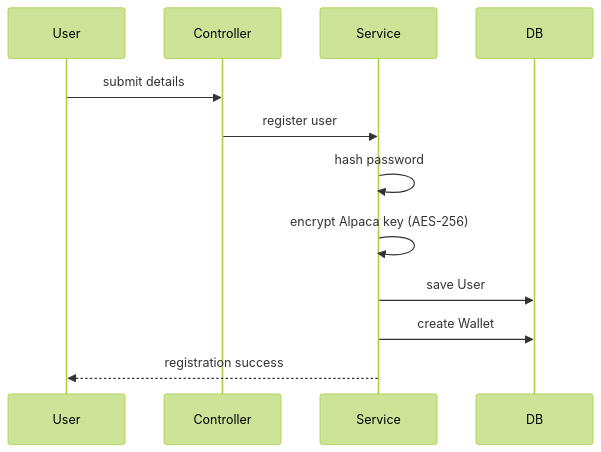
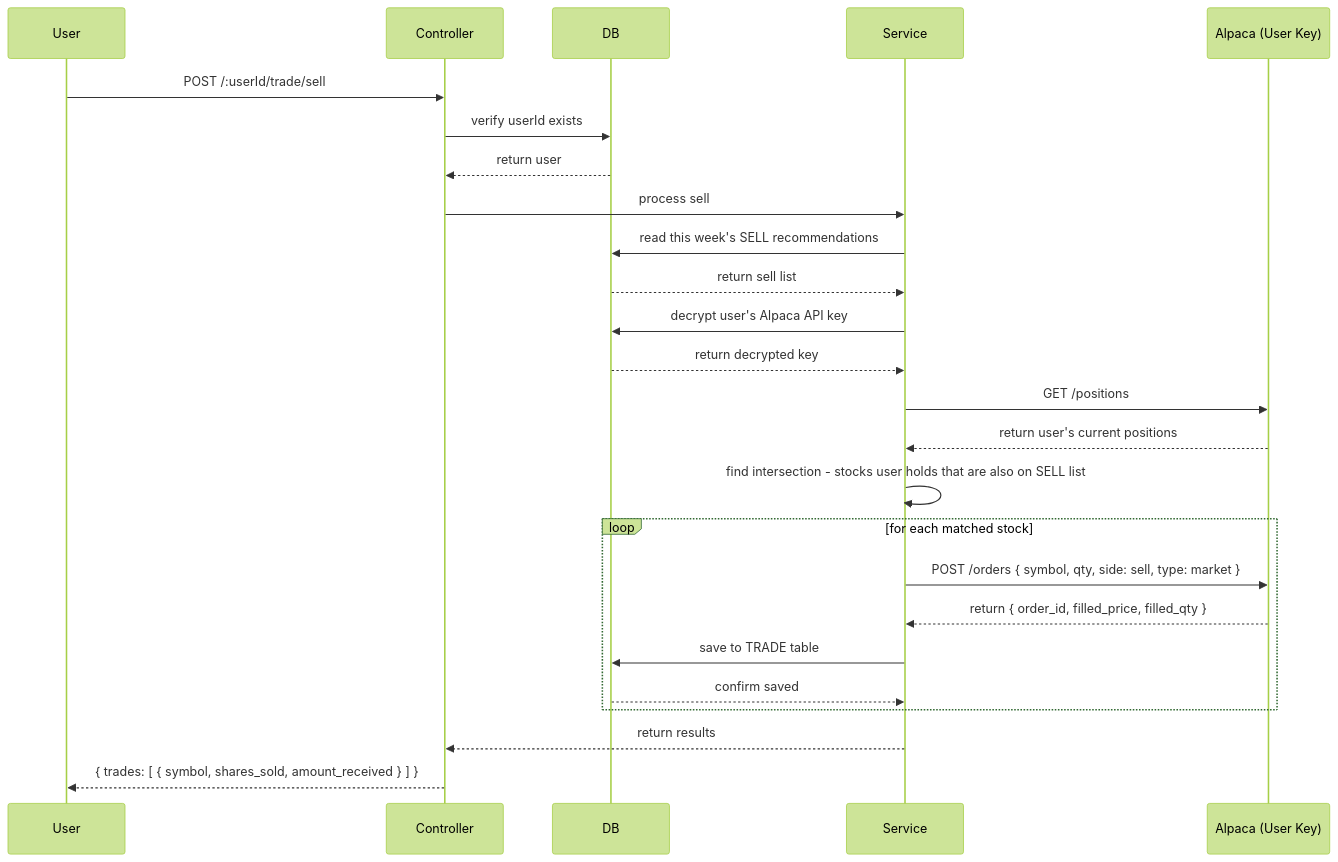
Before and after one commit to shivam-tamboli/momentum-trading-system: the third of 4 diagrams in docs/sequence-diagram.md, drawn with Mermaid (forest theme). The commit also changed other lines of this file and 3 other files, not shown here.

````diff
--- a/docs/sequence-diagram.md
+++ b/docs/sequence-diagram.md
@@ -57,15 +70,35 @@
 ```mermaid
 sequenceDiagram
     participant User
     participant Controller
+    participant DB
     participant Service
-    participant DB
+    participant Alpaca as Alpaca (User Key)
 
-    User->>Controller: submit details
-    Controller->>Service: register user
-    Service->>Service: hash password
-    Service->>Service: encrypt Alpaca key (AES-256)
-    Service->>DB: save User
-    Service->>DB: create Wallet
-    Service-->>User: registration success
+    User->>Controller: POST /:userId/trade/sell
+    Controller->>DB: verify userId exists
+    DB-->>Controller: return user
+
+    Controller->>Service: process sell
+
+    Service->>DB: read this week's SELL recommendations
+    DB-->>Service: return sell list
+
+    Service->>DB: decrypt user's Alpaca API key
+    DB-->>Service: return decrypted key
+
+    Service->>Alpaca: GET /positions
+    Alpaca-->>Service: return user's current positions
+
+    Service->>Service: find intersection - stocks user holds that are also on SELL list
+
+    loop for each matched stock
+        Service->>Alpaca: POST /orders { symbol, qty, side: sell, type: market }
+        Alpaca-->>Service: return { order_id, filled_price, filled_qty }
+        Service->>DB: save to TRADE table
+        DB-->>Service: confirm saved
+    end
+
+    Service-->>Controller: return results
+    Controller-->>User: { trades: [ { symbol, shares_sold, amount_received } ] }
 ```
````
